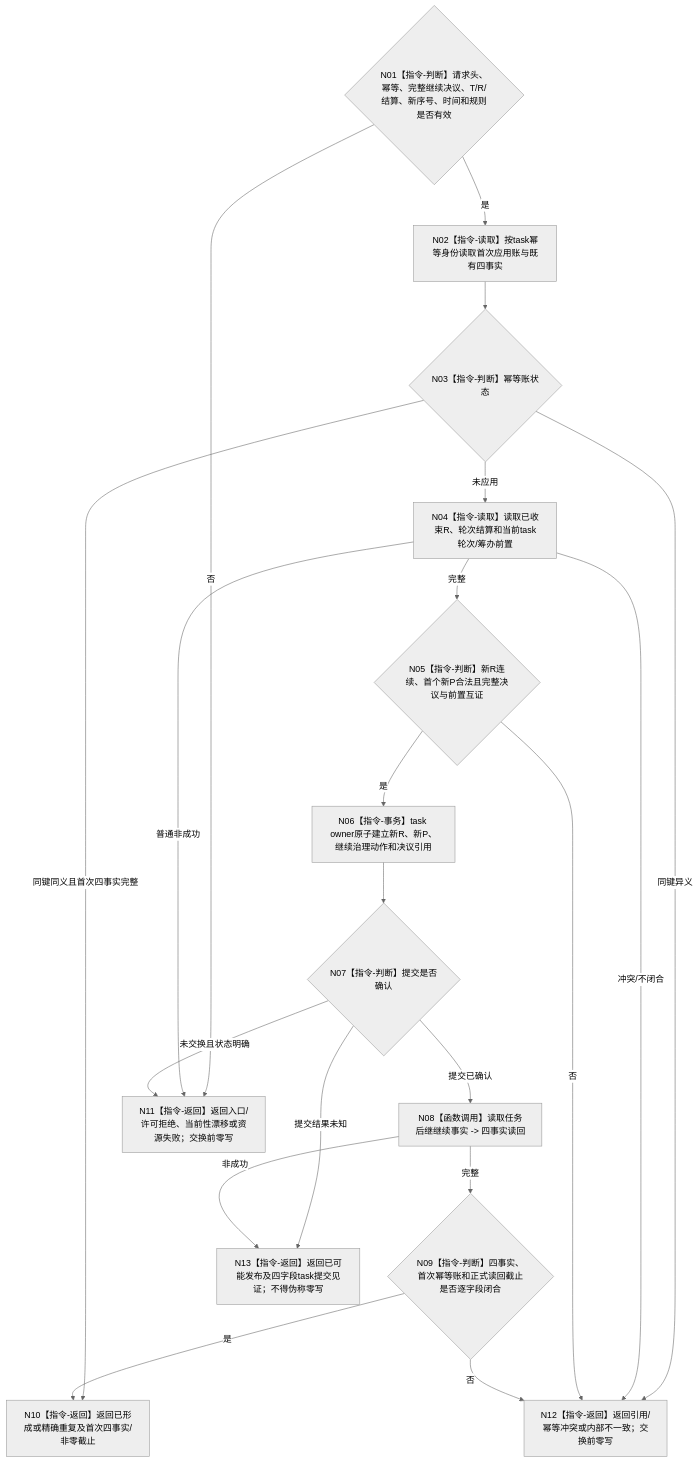
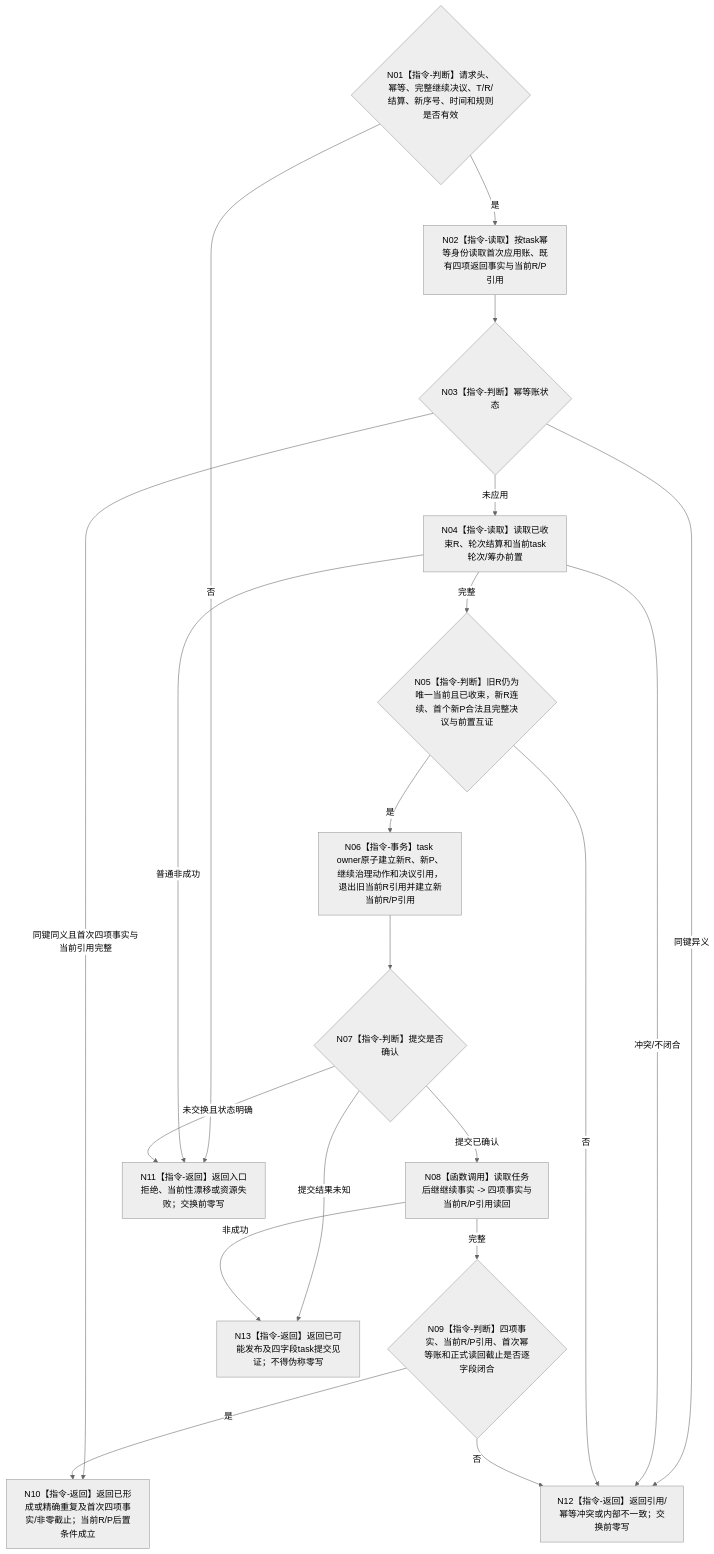
Before and after one commit to chunhaizh-cyber/HY-Ego: the diagram in 流程图/目标业务流程图/L4/BIZ-L4-004-16-02-01_写入或读取任务后继继续事实_目标函数流程图_v0.2.md, drawn with Mermaid (neutral theme). The commit also changed other lines of this file and 24 other files, not shown here.

````diff
--- a/流程图/目标业务流程图/L4/BIZ-L4-004-16-02-01_写入或读取任务后继继续事实_目标函数流程图_v0.2.md
+++ b/流程图/目标业务流程图/L4/BIZ-L4-004-16-02-01_写入或读取任务后继继续事实_目标函数流程图_v0.2.md
@@ -32,34 +32,34 @@
 ```mermaid
 flowchart TD
     N01{"N01【指令-判断】请求头、幂等、完整继续决议、T/R/结算、新序号、时间和规则是否有效"}
-    N02["N02【指令-读取】按task幂等身份读取首次应用账与既有四事实"]
+    N02["N02【指令-读取】按task幂等身份读取首次应用账、既有四项返回事实与当前R/P引用"]
     N03{"N03【指令-判断】幂等账状态"}
     N04["N04【指令-读取】读取已收束R、轮次结算和当前task轮次/筹办前置"]
-    N05{"N05【指令-判断】新R连续、首个新P合法且完整决议与前置互证"}
-    N06["N06【指令-事务】task owner原子建立新R、新P、继续治理动作和决议引用"]
+    N05{"N05【指令-判断】旧R仍为唯一当前且已收束，新R连续、首个新P合法且完整决议与前置互证"}
+    N06["N06【指令-事务】task owner原子建立新R、新P、继续治理动作和决议引用，退出旧当前R引用并建立新当前R/P引用"]
     N07{"N07【指令-判断】提交是否确认"}
-    N08["N08【函数调用】读取任务后继继续事实 -> 四事实读回"]
-    N09{"N09【指令-判断】四事实、首次幂等账和正式读回截止是否逐字段闭合"}
-    N10["N10【指令-返回】返回已形成或精确重复及首次四事实/非零截止"]
-    N11["N11【指令-返回】返回入口/许可拒绝、当前性漂移或资源失败；交换前零写"]
+    N08["N08【函数调用】读取任务后继继续事实 -> 四项事实与当前R/P引用读回"]
+    N09{"N09【指令-判断】四项事实、当前R/P引用、首次幂等账和正式读回截止是否逐字段闭合"}
+    N10["N10【指令-返回】返回已形成或精确重复及首次四项事实/非零截止；当前R/P后置条件成立"]
+    N11["N11【指令-返回】返回入口拒绝、当前性漂移或资源失败；交换前零写"]
     N12["N12【指令-返回】返回引用/幂等冲突或内部不一致；交换前零写"]
     N13["N13【指令-返回】返回已可能发布及四字段task提交见证；不得伪称零写"]
 
     N01 -->|否| N11
     N01 -->|是| N02 --> N03
-    N03 -->|同键同义且首次四事实完整| N10
+    N03 -->|同键同义且首次四项事实与当前引用完整| N10
     N03 -->|同键异义| N12
     N03 -->|未应用| N04
     N04 -->|普通非成功| N11
     N04 -->|冲突/不闭合| N12
     N04 -->|完整| N05
     N05 -->|否| N12
     N05 -->|是| N06 --> N07
     N07 -->|未交换且状态明确| N11
     N07 -->|提交已确认| N08
     N07 -->|提交结果未知| N13
     N08 -->|非成功| N13
     N08 -->|完整| N09
     N09 -->|否| N12
     N09 -->|是| N10
 ```
````
